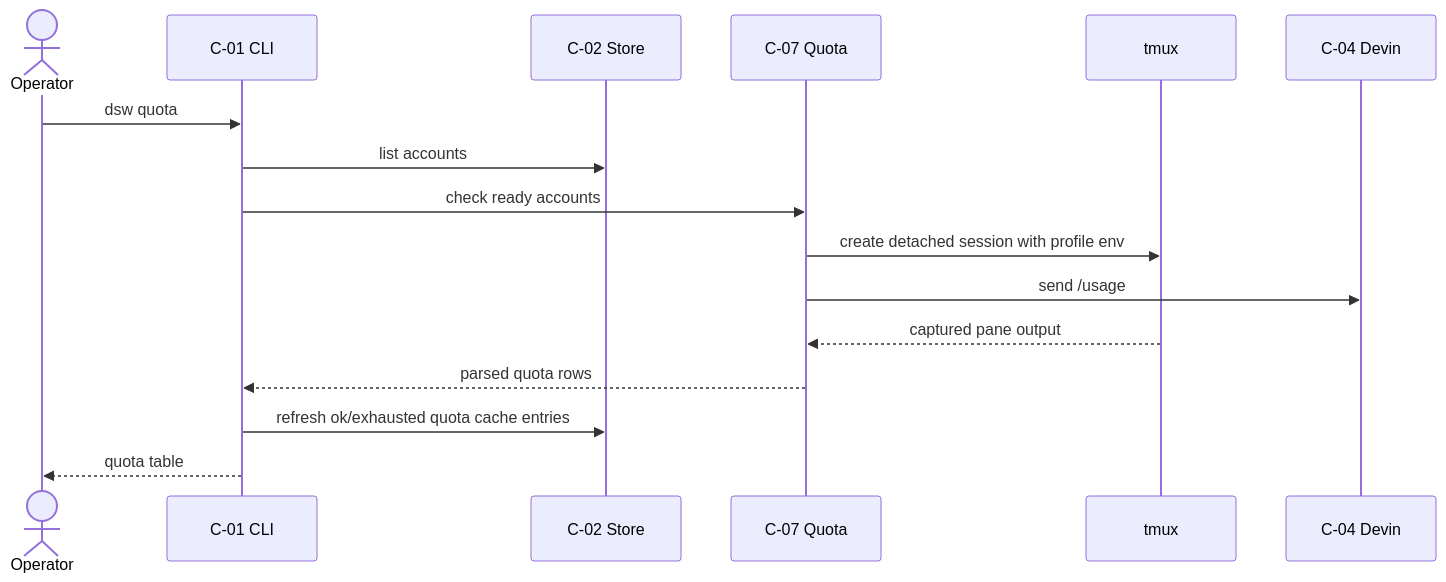
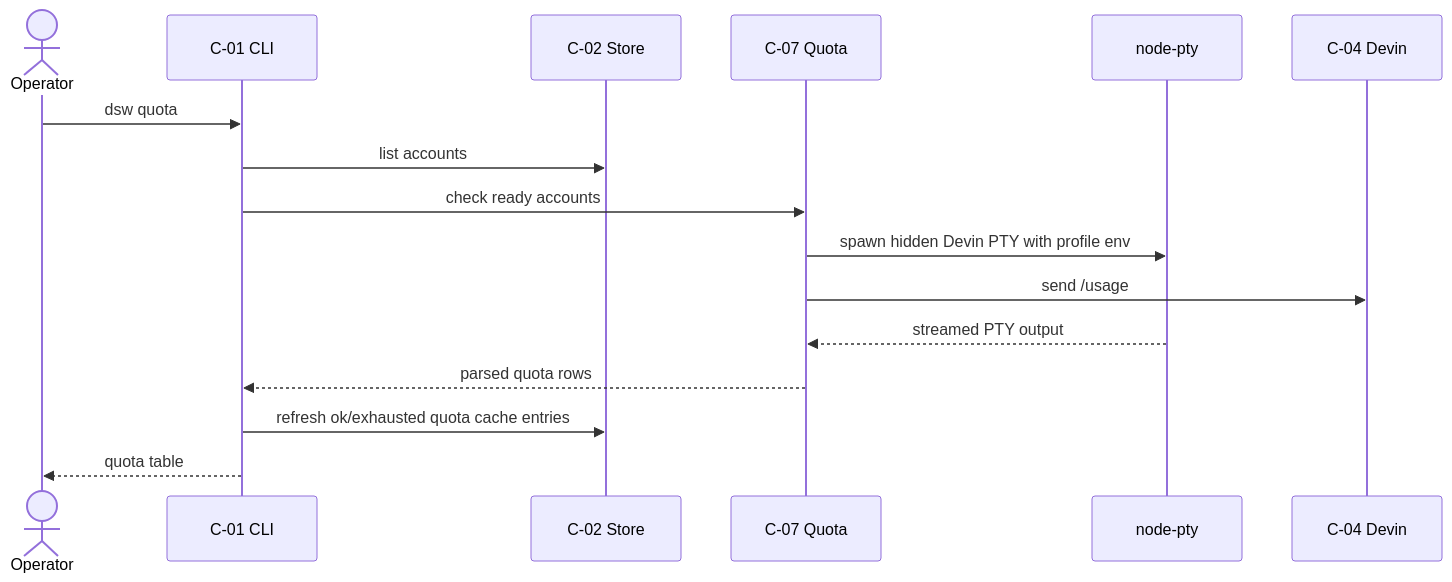
The fifth of 6 diagrams in docs/ARCHITECTURE.md (itsddvn/dws), drawn with Mermaid before and after one commit. The commit also changed other lines of this file and 46 other files, not shown here.

First line of the commit message:
feat(cli): add node-pty auto rotate

````diff
--- a/docs/ARCHITECTURE.md
+++ b/docs/ARCHITECTURE.md
@@ -217,18 +217,18 @@
 ```mermaid
 sequenceDiagram
     actor Operator
     participant CLI as C-01 CLI
     participant Store as C-02 Store
     participant Quota as C-07 Quota
-    participant Tmux as tmux
+    participant Pty as node-pty
     participant Devin as C-04 Devin
     Operator->>CLI: dsw quota
     CLI->>Store: list accounts
     CLI->>Quota: check ready accounts
-    Quota->>Tmux: create detached session with profile env
+    Quota->>Pty: spawn hidden Devin PTY with profile env
     Quota->>Devin: send /usage
-    Tmux-->>Quota: captured pane output
+    Pty-->>Quota: streamed PTY output
     Quota-->>CLI: parsed quota rows
     CLI->>Store: refresh ok/exhausted quota cache entries
     CLI-->>Operator: quota table
 ```
````
